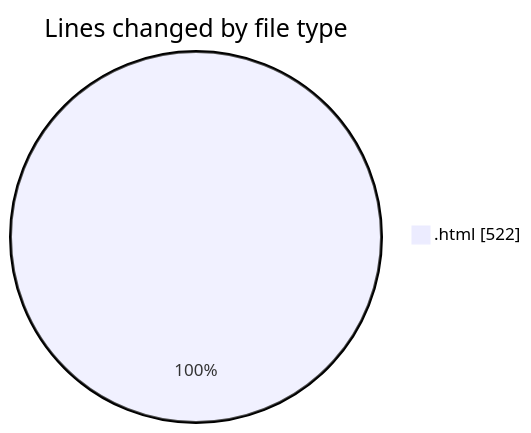
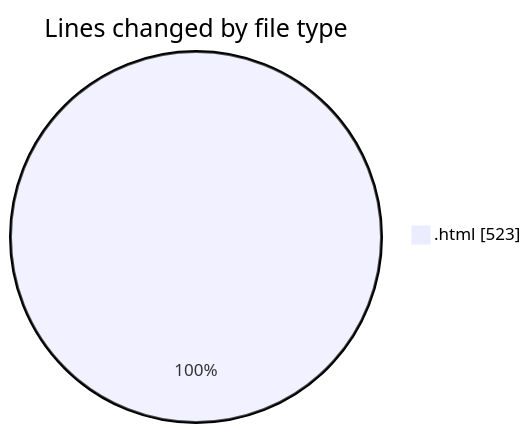
The first of 2 diagrams in 2025-01-07/nueva_carpeta/README.md (LanceThiago/code-tracking), drawn with Mermaid before and after one commit. The commit also changed other lines of this file and 1 other file, not shown here.

````diff
--- a/2025-01-07/nueva_carpeta/README.md
+++ b/2025-01-07/nueva_carpeta/README.md
@@ -20,5 +20,5 @@
 ```mermaid
 pie showData
 title Lines changed by file type
-".html" : 522
+".html" : 523
 ```
````
